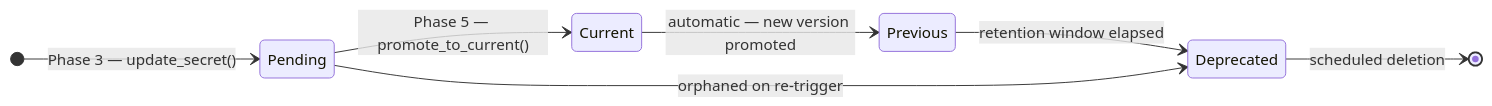
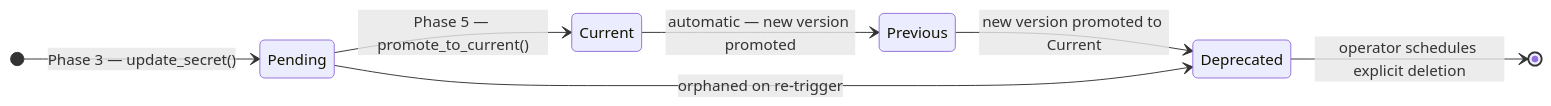
The diagram in docs/adr/0003-rotation-state-machine.md (perspectivism/oci-secret-rotation), drawn with Mermaid before and after one commit. The commit also changed 12 other files, not shown here.

````diff
--- a/docs/adr/0003-rotation-state-machine.md
+++ b/docs/adr/0003-rotation-state-machine.md
@@ -40,11 +40,11 @@
 ```mermaid
 stateDiagram-v2
     direction LR
     [*] --> Pending : Phase 3 — update_secret()
     Pending --> Current : Phase 5 — promote_to_current()
     Current --> Previous : automatic — new version promoted
-    Previous --> Deprecated : retention window elapsed
-    Deprecated --> [*] : scheduled deletion
+    Previous --> Deprecated : new version promoted to Current
+    Deprecated --> [*] : operator schedules explicit deletion
 
     Pending --> Deprecated : orphaned on re-trigger
 ```
````
